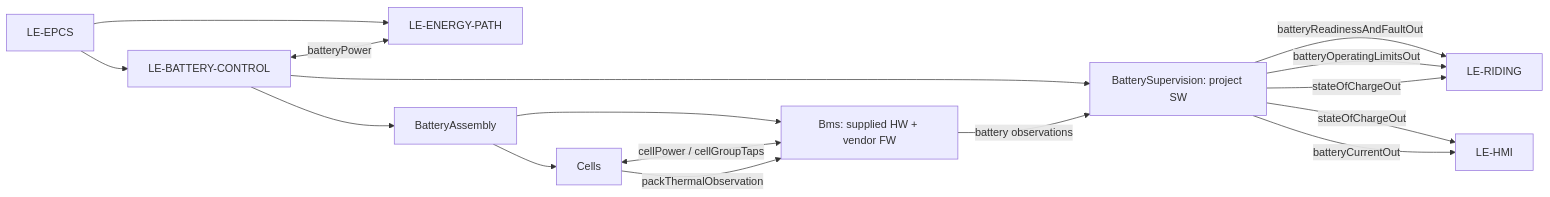
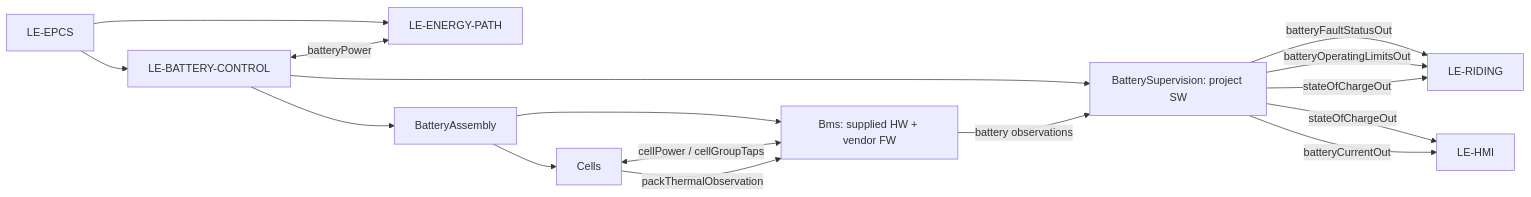
The first of 2 diagrams in .devenv/Architecture/SystemArchitecture/Modelling/BatteryControl/README.md (dhellhake/X2CityMCU), drawn with Mermaid before and after one commit. The commit also changed other lines of this file and 71 other files, not shown here.

````diff
--- a/.devenv/Architecture/SystemArchitecture/Modelling/BatteryControl/README.md
+++ b/.devenv/Architecture/SystemArchitecture/Modelling/BatteryControl/README.md
@@ -7,18 +7,18 @@
 ```mermaid
 flowchart LR
   EPCS[LE-EPCS] --> BC[LE-BATTERY-CONTROL]
   EPCS --> EP[LE-ENERGY-PATH]
   BC --> PBA[BatteryAssembly]
   PBA --> Cells[Cells]
   PBA --> Bms[Bms: supplied HW + vendor FW]
   BC --> BS[BatterySupervision: project SW]
   Bms -->|battery observations| BS
   Cells <-->|cellPower / cellGroupTaps| Bms
   Cells -->|packThermalObservation| Bms
-  BS -->|batteryReadinessAndFaultOut| RidingControl[LE-RIDING]
+  BS -->|batteryFaultStatusOut| RidingControl[LE-RIDING]
   BS -->|batteryOperatingLimitsOut| RidingControl[LE-RIDING]
   BS -->|stateOfChargeOut| HMI[LE-HMI]
   BS -->|stateOfChargeOut| RidingControl
   BS -->|batteryCurrentOut| HMI
   BC <-->|batteryPower| EP
 ```
````
